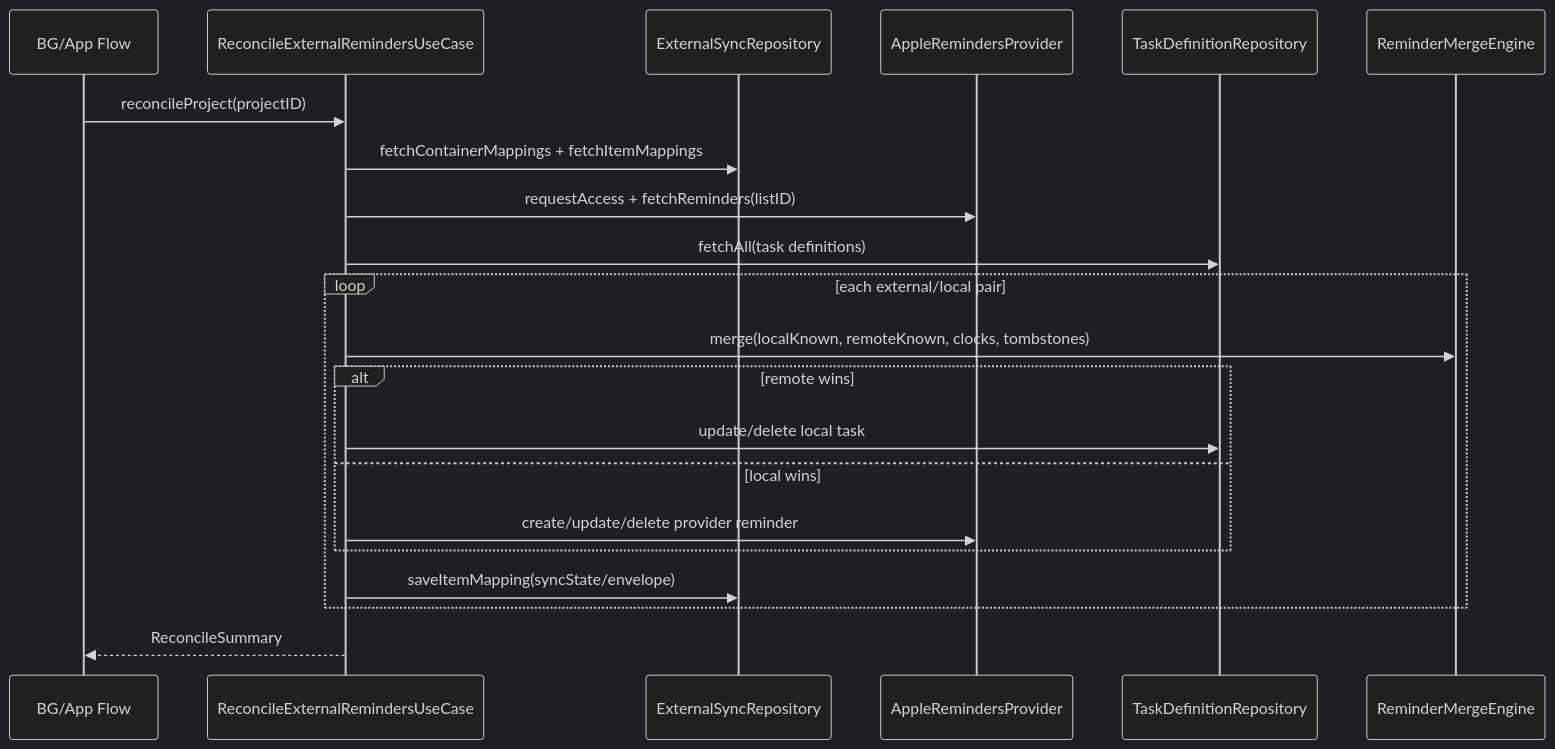
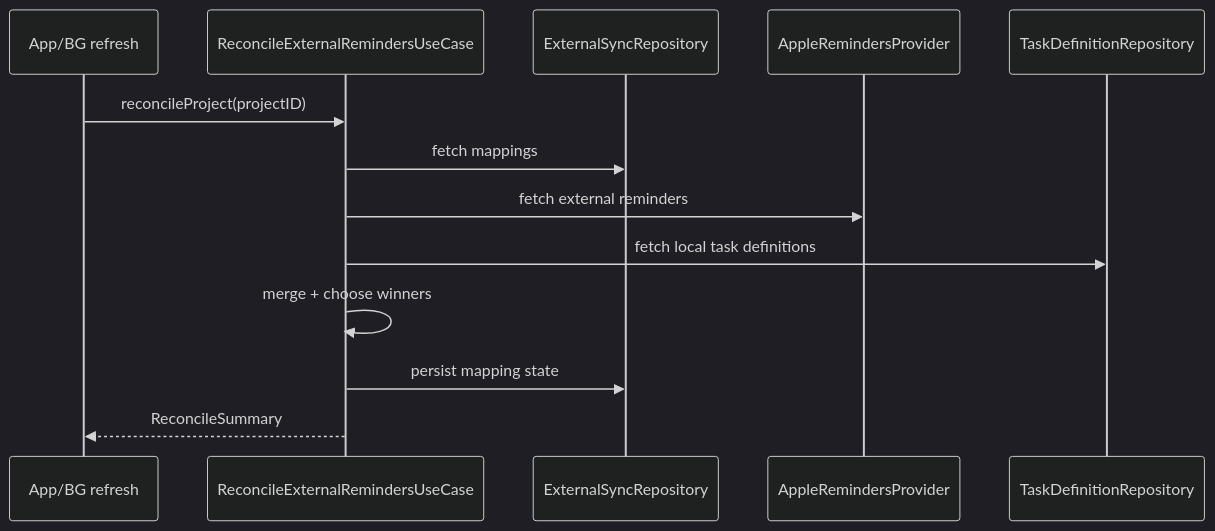
One commit to Saransh-Sharma/Tasker changed the second of 3 diagrams in docs/architecture/usecases-v2.md. Above: the diagram before and after it, drawn with Mermaid (dark theme). The commit also changed other lines of this file and 10 other files, not shown here.

Commit message:
docs: update architecture documentation for V3

````diff
--- a/docs/architecture/usecases-v2.md
+++ b/docs/architecture/usecases-v2.md
@@ -201,24 +141,16 @@
 ```mermaid
 sequenceDiagram
-    participant BG as BG/App Flow
-    participant R as ReconcileExternalRemindersUseCase
+    participant BG as App/BG refresh
+    participant UC as ReconcileExternalRemindersUseCase
     participant ER as ExternalSyncRepository
     participant AP as AppleRemindersProvider
     participant TR as TaskDefinitionRepository
-    participant M as ReminderMergeEngine
 
-    BG->>R: reconcileProject(projectID)
-    R->>ER: fetchContainerMappings + fetchItemMappings
-    R->>AP: requestAccess + fetchReminders(listID)
-    R->>TR: fetchAll(task definitions)
-    loop each external/local pair
-        R->>M: merge(localKnown, remoteKnown, clocks, tombstones)
-        alt remote wins
-            R->>TR: update/delete local task
-        else local wins
-            R->>AP: create/update/delete provider reminder
-        end
-        R->>ER: saveItemMapping(syncState/envelope)
-    end
-    R-->>BG: ReconcileSummary
+    BG->>UC: reconcileProject(projectID)
+    UC->>ER: fetch mappings
+    UC->>AP: fetch external reminders
+    UC->>TR: fetch local task definitions
+    UC->>UC: merge + choose winners
+    UC->>ER: persist mapping state
+    UC-->>BG: ReconcileSummary
 ```
````
